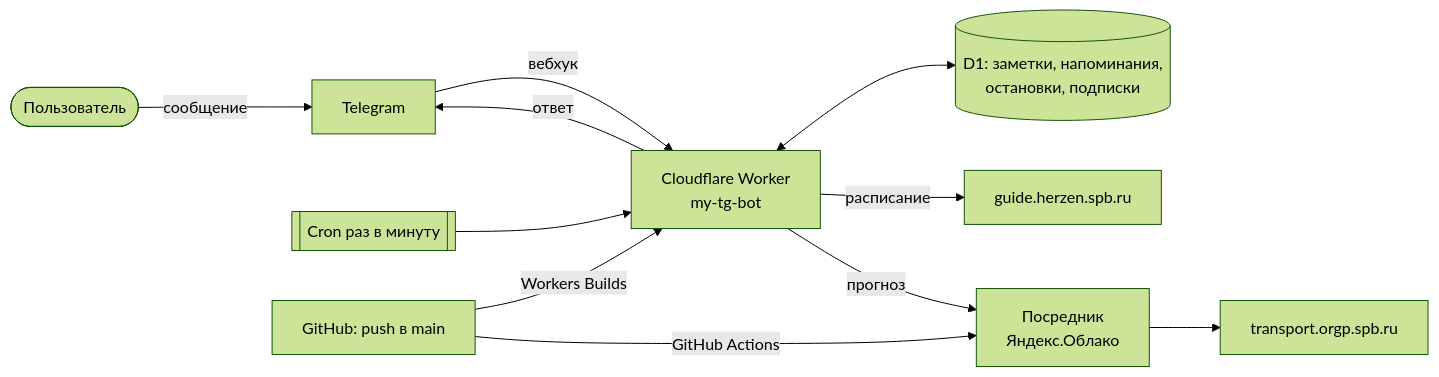
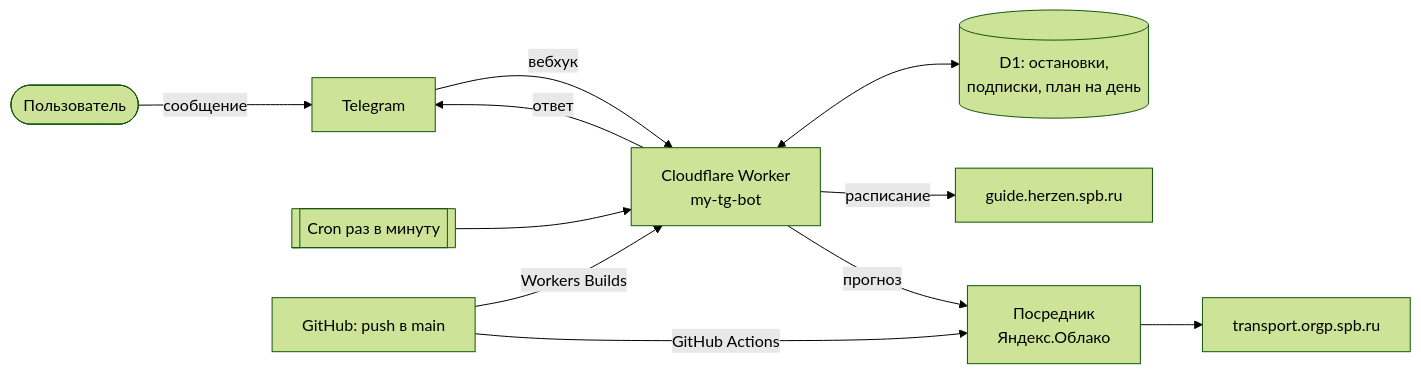
One commit to huksleva/tg_bot changed the diagram in README.md. Above: the diagram before and after it, drawn with Mermaid (forest theme). The commit also changed other lines of this file and 8 other files, not shown here.

First line of the commit message:
Убрать заметки, напоминания и развлечения

````diff
--- a/README.md
+++ b/README.md
@@ -69,12 +63,12 @@
 ```mermaid
 flowchart LR
     U([Пользователь]) -->|сообщение| TG[Telegram]
     TG -->|вебхук| W[Cloudflare Worker<br/>my-tg-bot]
     W -->|ответ| TG
-    W <--> DB[(D1: заметки, напоминания,<br/>остановки, подписки)]
+    W <--> DB[(D1: остановки,<br/>подписки, план на день)]
     C[[Cron раз в минуту]] --> W
     W -->|расписание| H[guide.herzen.spb.ru]
     W -->|прогноз| R[Посредник<br/>Яндекс.Облако] --> O[transport.orgp.spb.ru]
     GH[GitHub: push в main] -->|Workers Builds| W
     GH -->|GitHub Actions| R
 ```
````
